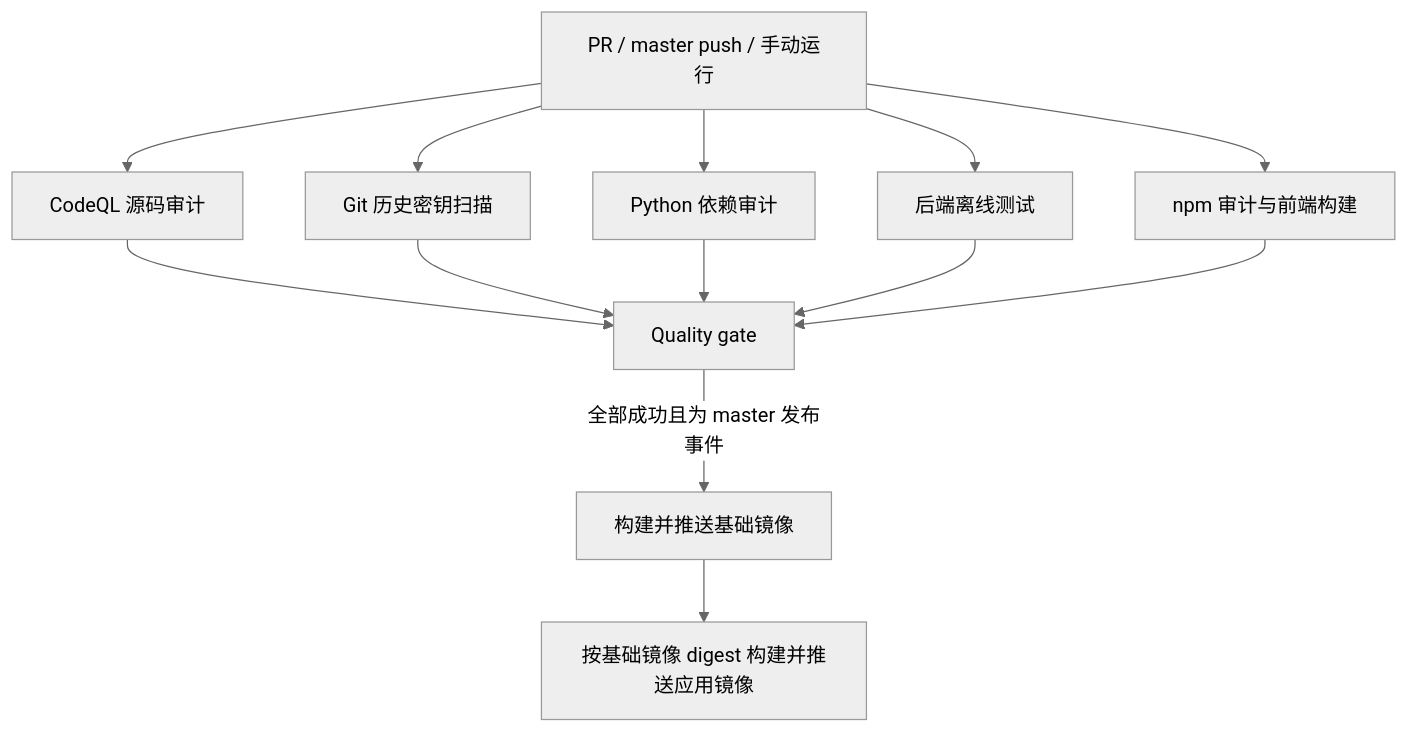
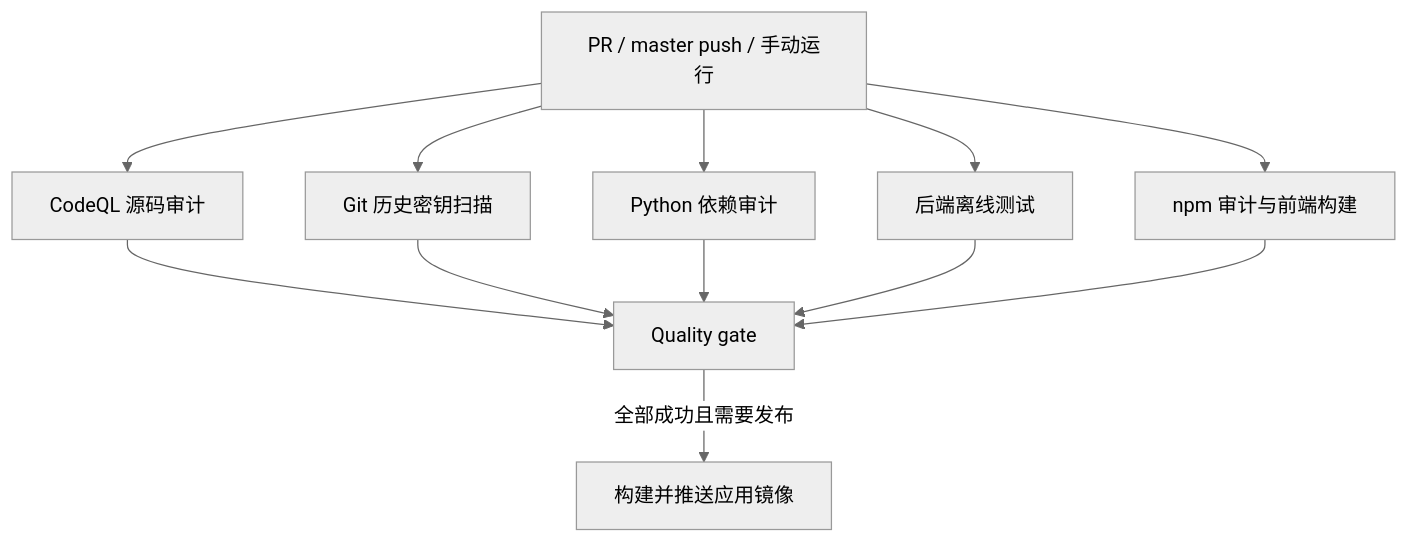
The diagram in docs/CI_CODE_AUDIT.md (12-test-12/ai-goofish-monitor), drawn with Mermaid (neutral theme) before and after one commit. The commit also changed other lines of this file and 20 other files, not shown here.

````diff
--- a/docs/CI_CODE_AUDIT.md
+++ b/docs/CI_CODE_AUDIT.md
@@ -12,15 +12,14 @@
 ```mermaid
 flowchart TD
     A[PR / master push / 手动运行] --> B[CodeQL 源码审计]
     A --> C[Git 历史密钥扫描]
     A --> D[Python 依赖审计]
     A --> E[后端离线测试]
     A --> F[npm 审计与前端构建]
     B --> G[Quality gate]
     C --> G
     D --> G
     E --> G
     F --> G
-    G -->|全部成功且为 master 发布事件| H[构建并推送基础镜像]
-    H --> I[按基础镜像 digest 构建并推送应用镜像]
+    G -->|全部成功且需要发布| H[构建并推送应用镜像]
 ```
````
